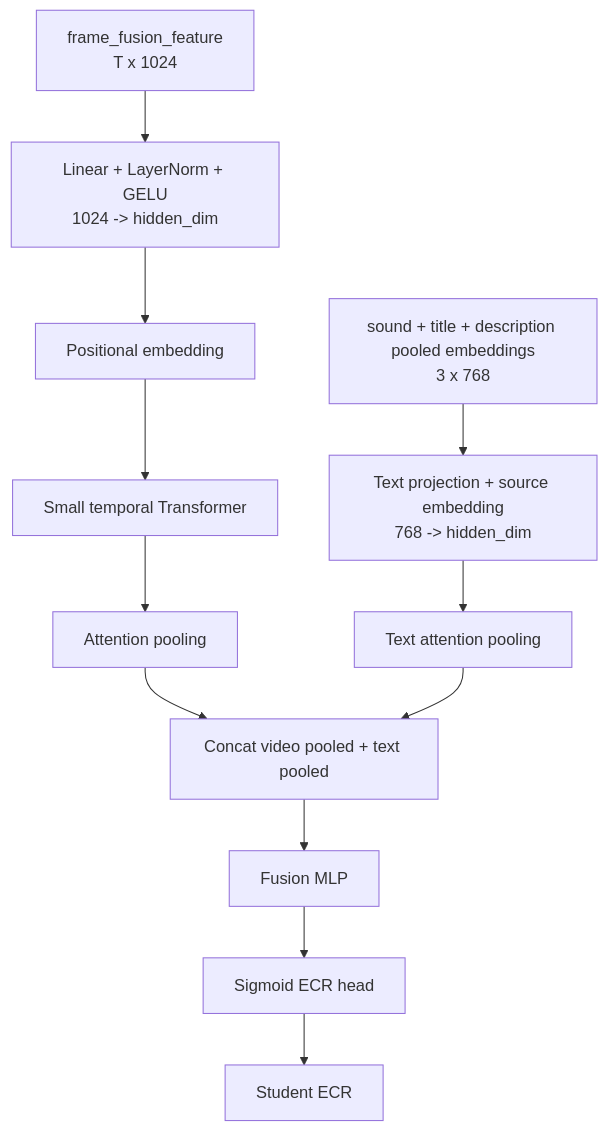
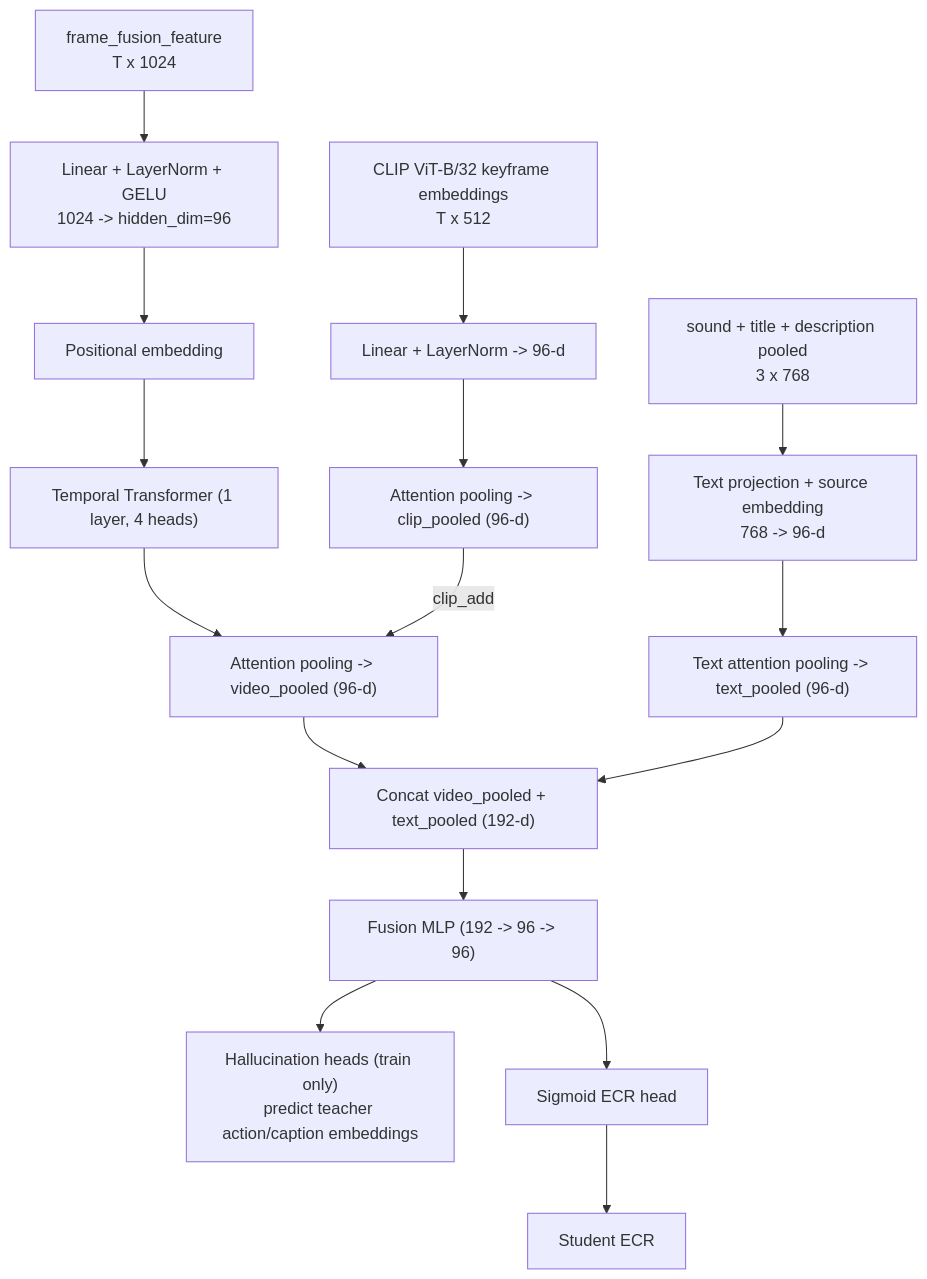
Before and after one commit to TranTop2806/SnapUGC-LightKD: the third of 3 diagrams in README.md, drawn with Mermaid. The commit also changed other lines of this file and 17 other files, not shown here.

First line of the commit message:
feat: CLIP ViT-B/32 clip_add fusion achieves 0.6285 final score (+0.026)

````diff
--- a/README.md
+++ b/README.md
@@ -257,16 +268,21 @@
 ```mermaid
 flowchart TD
-    VF["frame_fusion_feature<br/>T x 1024"] --> VP["Linear + LayerNorm + GELU<br/>1024 -> hidden_dim"]
+    VF["frame_fusion_feature\nT x 1024"] --> VP["Linear + LayerNorm + GELU\n1024 -> hidden_dim=96"]
     VP --> PE["Positional embedding"]
-    PE --> TE["Small temporal Transformer"]
-    TE --> AP["Attention pooling"]
+    PE --> TE["Temporal Transformer (1 layer, 4 heads)"]
+    TE --> AP["Attention pooling -> video_pooled (96-d)"]
 
-    TX["sound + title + description pooled embeddings<br/>3 x 768"] --> TP["Text projection + source embedding<br/>768 -> hidden_dim"]
-    TP --> TAP["Text attention pooling"]
+    CL["CLIP ViT-B/32 keyframe embeddings\nT x 512"] --> CP["Linear + LayerNorm -> 96-d"]
+    CP --> CAP["Attention pooling -> clip_pooled (96-d)"]
+    CAP -- clip_add --> AP
 
-    AP --> CAT["Concat video pooled + text pooled"]
+    TX["sound + title + description pooled\n3 x 768"] --> TP["Text projection + source embedding\n768 -> 96-d"]
+    TP --> TAP["Text attention pooling -> text_pooled (96-d)"]
+
+    AP --> CAT["Concat video_pooled + text_pooled (192-d)"]
     TAP --> CAT
-    CAT --> FM["Fusion MLP"]
+    CAT --> FM["Fusion MLP (192 -> 96 -> 96)"]
+    FM --> HAL["Hallucination heads (train only)\npredict teacher action/caption embeddings"]
     FM --> EH["Sigmoid ECR head"]
     EH --> ECR["Student ECR"]
 ```
````
